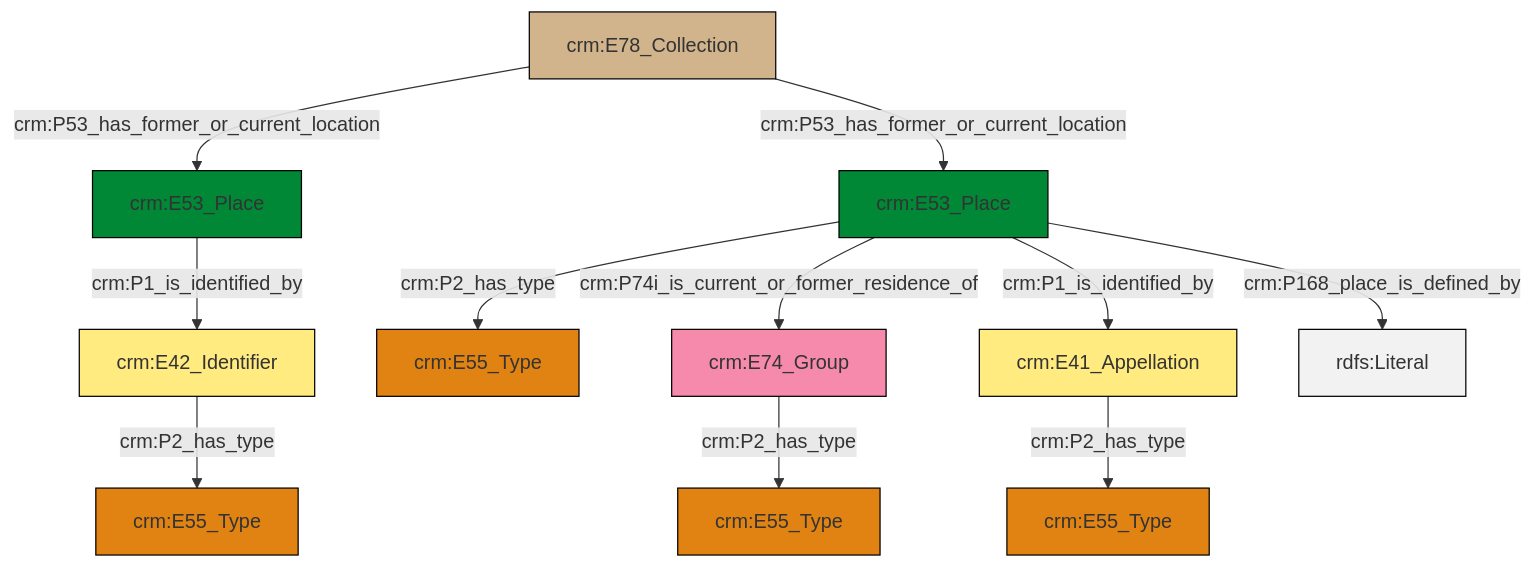
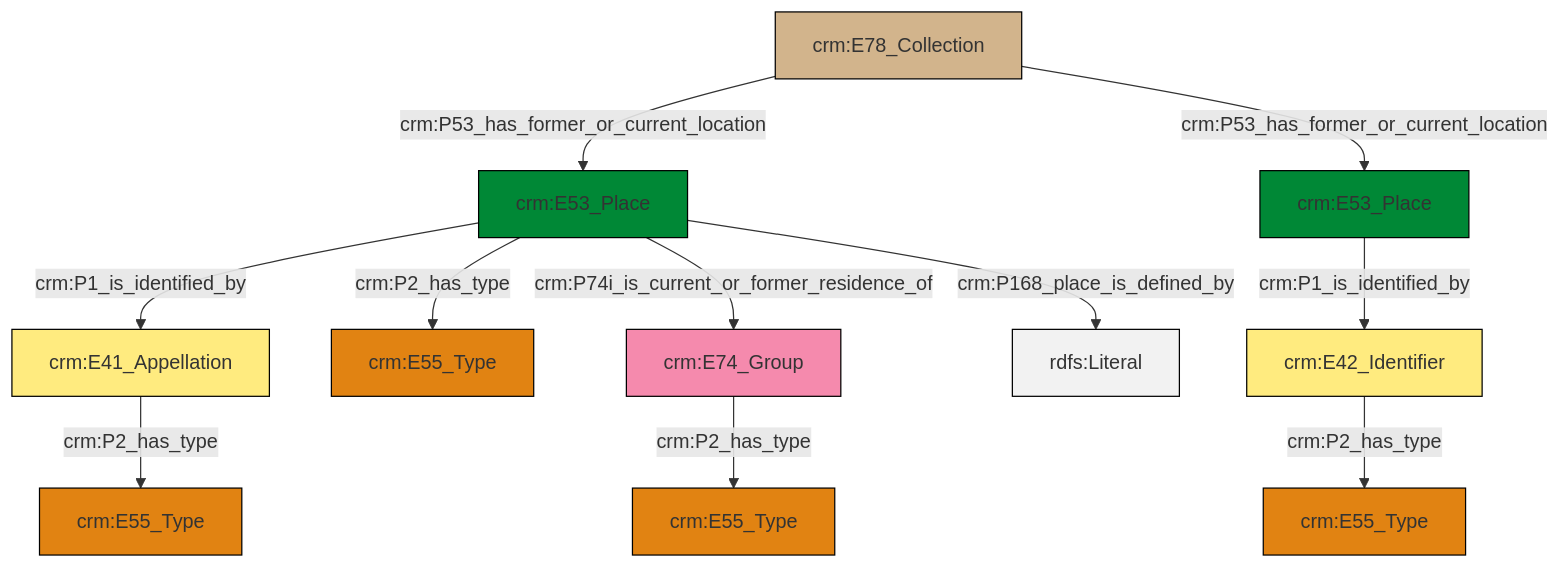
Before and after one commit to swiss-art-research-net/docs.swissartresearch: the diagram in et/archivalCSV/ttl/mmd/archival_location.ttl.mmd, drawn with Mermaid. The commit also changed 176 other files, not shown here.

```diff
--- a/et/archivalCSV/ttl/mmd/archival_location.ttl.mmd
+++ b/et/archivalCSV/ttl/mmd/archival_location.ttl.mmd
@@ -1,25 +1,25 @@
 graph TD
 classDef Literal fill:#f2f2f2,stroke:#000000;
 classDef CRM_Entity fill:#FFFFFF,stroke:#000000;
 classDef Temporal_Entity fill:#00C9E6, stroke:#000000;
 classDef Type fill:#E18312, stroke:#000000;
 classDef Time-Span fill:#2C9C91, stroke:#000000;
 classDef Appellation fill:#FFEB7F, stroke:#000000;
 classDef Place fill:#008836, stroke:#000000;
 classDef Persistent_Item fill:#B266B2, stroke:#000000;
 classDef Conceptual_Object fill:#FFD700, stroke:#000000;
 classDef Physical_Thing fill:#D2B48C, stroke:#000000;
 classDef Actor fill:#f58aad, stroke:#000000;
 classDef PC_Classes fill:#4ce600, stroke:#000000;
 classDef Multi fill:#cccccc,stroke:#000000;
 
-6["crm:E74_Group"]:::Actor -->|crm:P2_has_type| 0["crm:E55_Type"]:::Type
-7["crm:E78_Collection"]:::Physical_Thing -->|crm:P53_has_former_or_current_location| 2["crm:E53_Place"]:::Place
-15["crm:E41_Appellation"]:::Appellation -->|crm:P2_has_type| 4["crm:E55_Type"]:::Type
-2["crm:E53_Place"]:::Place -->|crm:P1_is_identified_by| 17["crm:E42_Identifier"]:::Appellation
-13["crm:E53_Place"]:::Place -->|crm:P168_place_is_defined_by| 18[rdfs:Literal]:::Literal
-13["crm:E53_Place"]:::Place -->|crm:P74i_is_current_or_former_residence_of| 6["crm:E74_Group"]:::Actor
-13["crm:E53_Place"]:::Place -->|crm:P2_has_type| 9["crm:E55_Type"]:::Type
-7["crm:E78_Collection"]:::Physical_Thing -->|crm:P53_has_former_or_current_location| 13["crm:E53_Place"]:::Place
-13["crm:E53_Place"]:::Place -->|crm:P1_is_identified_by| 15["crm:E41_Appellation"]:::Appellation
-17["crm:E42_Identifier"]:::Appellation -->|crm:P2_has_type| 11["crm:E55_Type"]:::Type
+11["crm:E53_Place"]:::Place -->|crm:P1_is_identified_by| 14["crm:E41_Appellation"]:::Appellation
+11["crm:E53_Place"]:::Place -->|crm:P2_has_type| 15["crm:E55_Type"]:::Type
+11["crm:E53_Place"]:::Place -->|crm:P74i_is_current_or_former_residence_of| 19["crm:E74_Group"]:::Actor
+2["crm:E78_Collection"]:::Physical_Thing -->|crm:P53_has_former_or_current_location| 11["crm:E53_Place"]:::Place
+11["crm:E53_Place"]:::Place -->|crm:P168_place_is_defined_by| 20[rdfs:Literal]:::Literal
+4["crm:E42_Identifier"]:::Appellation -->|crm:P2_has_type| 8["crm:E55_Type"]:::Type
+2["crm:E78_Collection"]:::Physical_Thing -->|crm:P53_has_former_or_current_location| 0["crm:E53_Place"]:::Place
+0["crm:E53_Place"]:::Place -->|crm:P1_is_identified_by| 4["crm:E42_Identifier"]:::Appellation
+14["crm:E41_Appellation"]:::Appellation -->|crm:P2_has_type| 6["crm:E55_Type"]:::Type
+19["crm:E74_Group"]:::Actor -->|crm:P2_has_type| 16["crm:E55_Type"]:::Type
```
